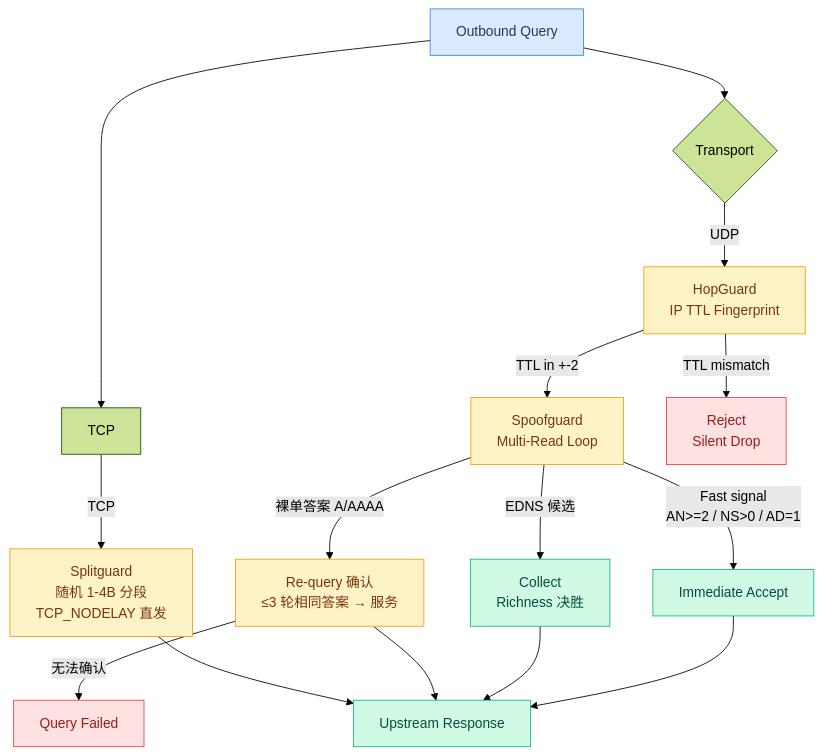
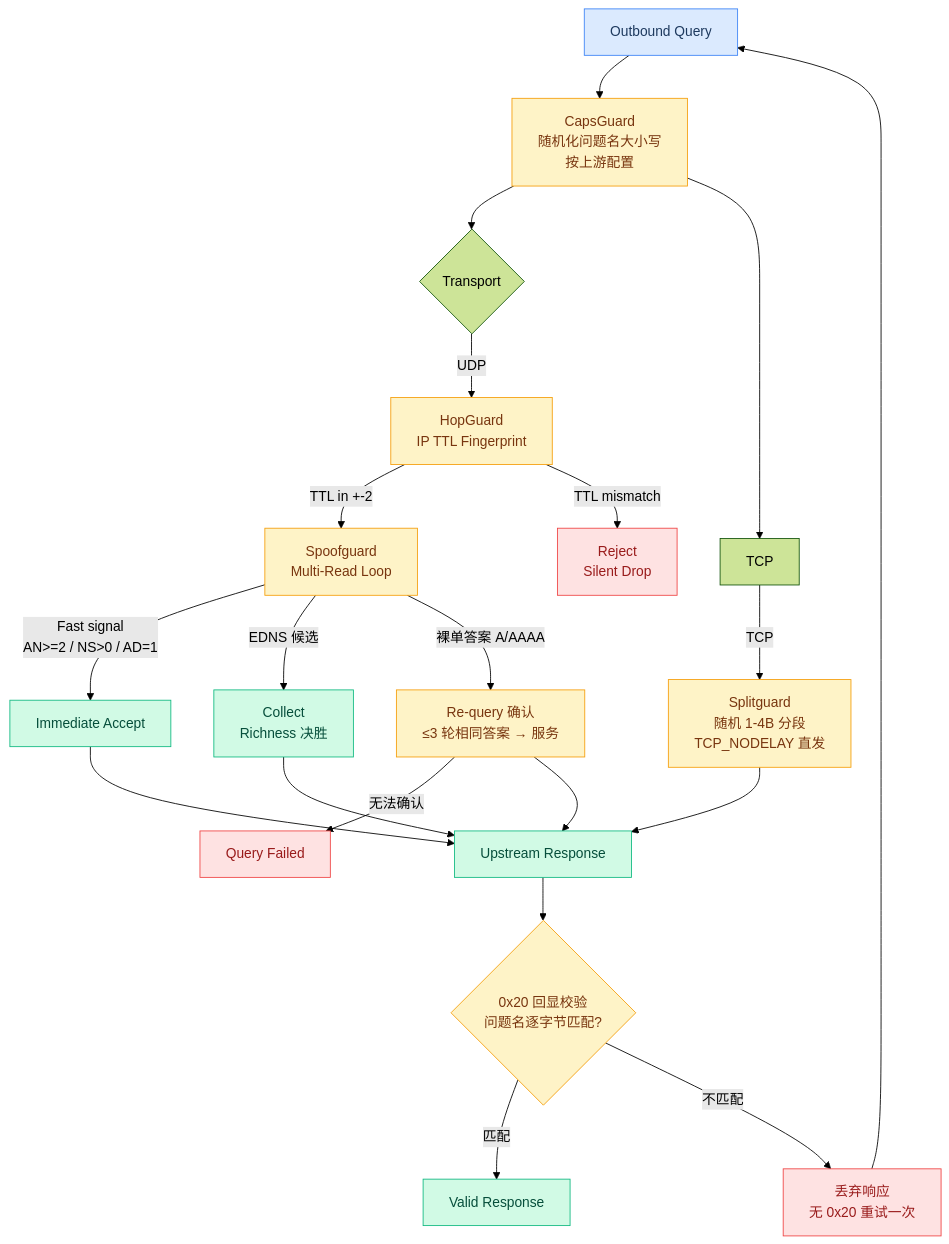
Before and after one commit to hezhijie0327/ZJDNS: diagram 14 of 31 in docs/FLOWCHARTS.md, drawn with Mermaid (forest theme). The commit also changed other lines of this file and 24 other files, not shown here.

First line of the commit message:
feat: CapsGuard — DNS 0x20 question-case randomization defense + echo fix

````diff
--- a/docs/FLOWCHARTS.md
+++ b/docs/FLOWCHARTS.md
@@ -378,25 +379,30 @@
 ```mermaid
 graph TD
-    Q[Outbound Query] --> UDP{Transport}
-    Q --> TCP
+    Q[Outbound Query] --> Z20[CapsGuard<br/>随机化问题名大小写<br/>按上游配置]
+    Z20 --> UDP{Transport}
+    Z20 --> TCP
     UDP -->|UDP| HG[HopGuard<br/>IP TTL Fingerprint]
     HG -->|TTL in +-2| SG[Spoofguard<br/>Multi-Read Loop]
     HG -->|TTL mismatch| REJECT[Reject<br/>Silent Drop]
     SG -->|Fast signal<br/>AN>=2 / NS>0 / AD=1| ACCEPT[Immediate Accept]
     SG -->|EDNS 候选| ACCEPT2[Collect<br/>Richness 决胜]
     SG -->|裸单答案 A/AAAA| CONFIRM[Re-query 确认<br/>≤3 轮相同答案 → 服务]
     CONFIRM -->|无法确认| FAIL[Query Failed]
     TCP -->|TCP| SPG[Splitguard<br/>随机 1-4B 分段<br/>TCP_NODELAY 直发]
     ACCEPT --> UP[Upstream Response]
     ACCEPT2 --> UP
     CONFIRM --> UP
     SPG --> UP
+    UP --> ECHO{0x20 回显校验<br/>问题名逐字节匹配?}
+    ECHO -->|匹配| RESP[Valid Response]
+    ECHO -->|不匹配| RETRY[丢弃响应<br/>无 0x20 重试一次]
+    RETRY --> Q
     classDef query fill:#dbeafe,stroke:#3b82f6,color:#1e3a5f
     classDef defense fill:#fef3c7,stroke:#f59e0b,color:#78350f
     classDef result fill:#d1fae5,stroke:#10b981,color:#064e3b
     classDef reject fill:#fee2e2,stroke:#ef4444,color:#991b1b
     class Q query
-    class HG,SG,SPG,CONFIRM defense
-    class ACCEPT,ACCEPT2,UP result
-    class REJECT,FAIL reject
+    class HG,SG,SPG,CONFIRM,Z20,ECHO defense
+    class ACCEPT,ACCEPT2,UP,RESP result
+    class REJECT,FAIL,RETRY reject
 ```
````
